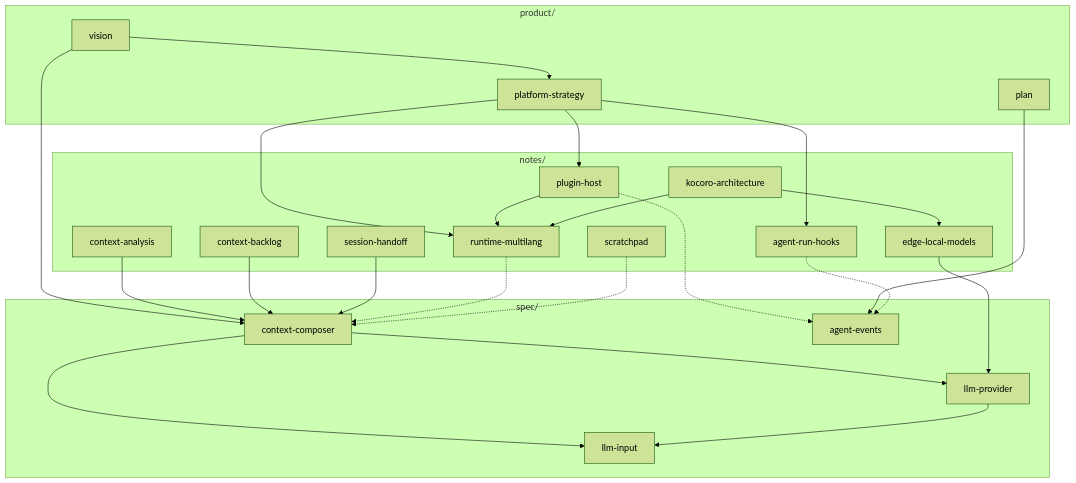
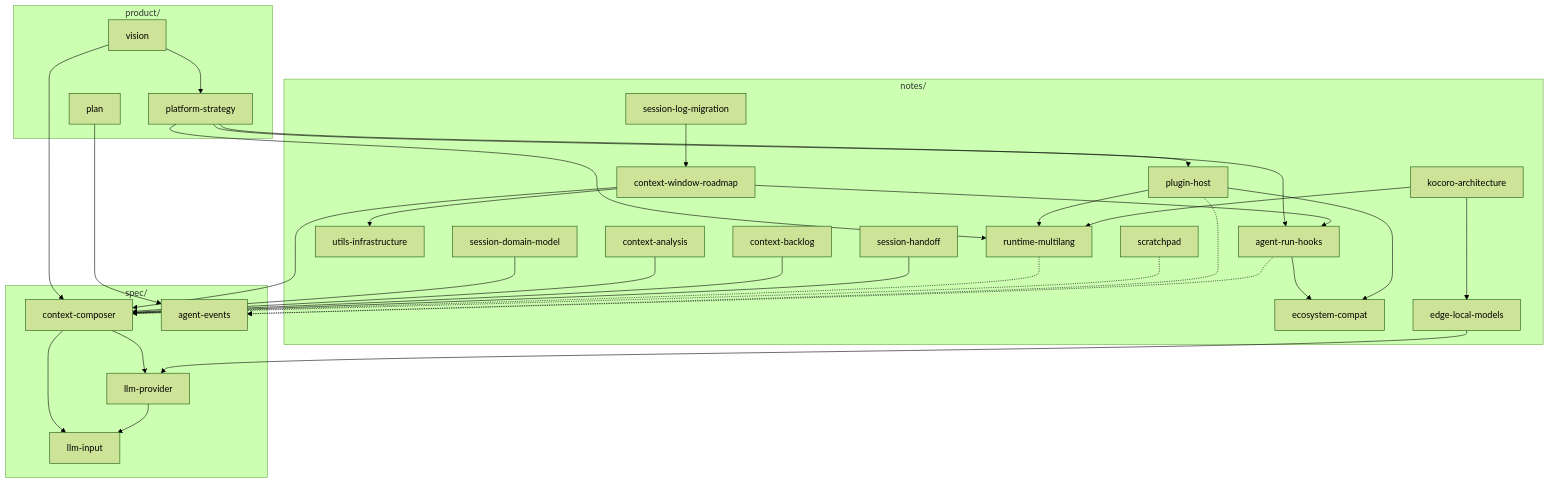
One commit to chendpoc/moontide changed the diagram in docs/README.md. Above: the diagram before and after it, drawn with Mermaid (forest theme). The commit also changed other lines of this file and 16 other files, not shown here.

First line of the commit message:
docs: unify compile/materialize/derive terminology and update architecture

````diff
--- a/docs/README.md
+++ b/docs/README.md
@@ -7,48 +7,60 @@
 ```mermaid
 flowchart TB
   subgraph product["product/"]
     V[vision]
     P[plan]
     PS[platform-strategy]
   end
 
   subgraph spec["spec/"]
     CC[context-composer]
     LP[llm-provider]
     LI[llm-input]
     AE[agent-events]
   end
 
   subgraph notes["notes/"]
+    CWR[context-window-roadmap]
     AR[agent-run-hooks]
+    UI[utils-infrastructure]
+    EC[ecosystem-compat]
     CA[context-analysis]
     CB[context-backlog]
+    SDM[session-domain-model]
+    SLM[session-log-migration]
     EL[edge-local-models]
     KO[kocoro-architecture]
     SH[session-handoff]
     RM[runtime-multilang]
     PH[plugin-host]
     SP[scratchpad]
   end
 
   V --> CC
   V --> PS
   PS --> RM
   PS --> AR
+  AR --> EC
+  PH --> EC
   PS --> PH
   PH --> RM
   PH -.-> AE
   P --> AE
   AR -.-> AE
+  CWR --> UI
+  CWR --> CC
+  CWR --> AR
+  SDM --> CC
+  SLM --> CWR
   CC --> LP
   CC --> LI
   LP --> LI
   CA --> CC
   CB --> CC
   EL --> LP
   KO --> RM
   KO --> EL
   SH --> CC
   RM -.-> CC
   SP -.-> CC
 ```
````
